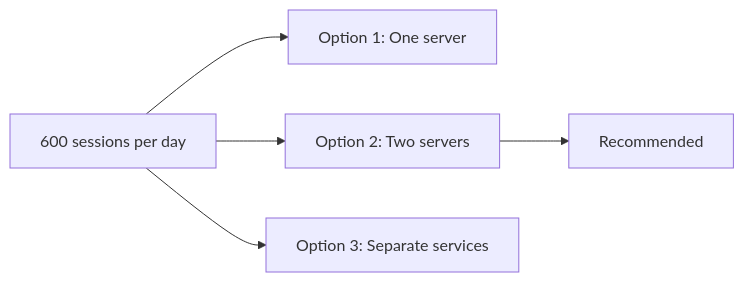
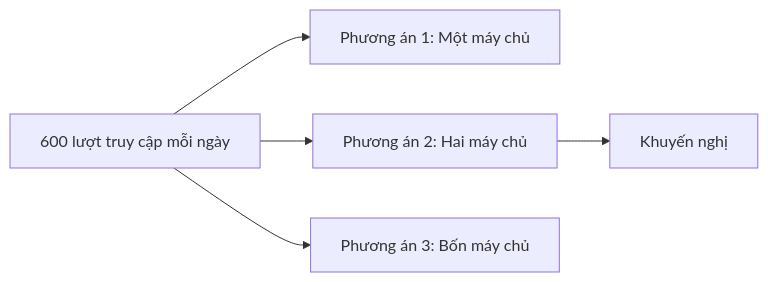
One commit to LeeTun2k2/insumart-docs changed the diagram in deployments/README.md. Above: the diagram before and after it, drawn with Mermaid. The commit also changed other lines of this file and 7 other files, not shown here.

Commit message:
Translate deployment architecture and incident response documents to Vietnamese, update cost estimates, and refine maintenance work descriptions for clarity and consistency.

````diff
--- a/deployments/README.md
+++ b/deployments/README.md
@@ -15,7 +18,7 @@
 ```mermaid
 flowchart LR
-    Need[600 sessions per day] --> O1[Option 1: One server]
-    Need --> O2[Option 2: Two servers]
-    Need --> O3[Option 3: Separate services]
-    O2 --> Pick[Recommended]
+    NhuCau[600 lượt truy cập mỗi ngày] --> PA1[Phương án 1: Một máy chủ]
+    NhuCau --> PA2[Phương án 2: Hai máy chủ]
+    NhuCau --> PA3[Phương án 3: Bốn máy chủ]
+    PA2 --> Chon[Khuyến nghị]
 ```
````
